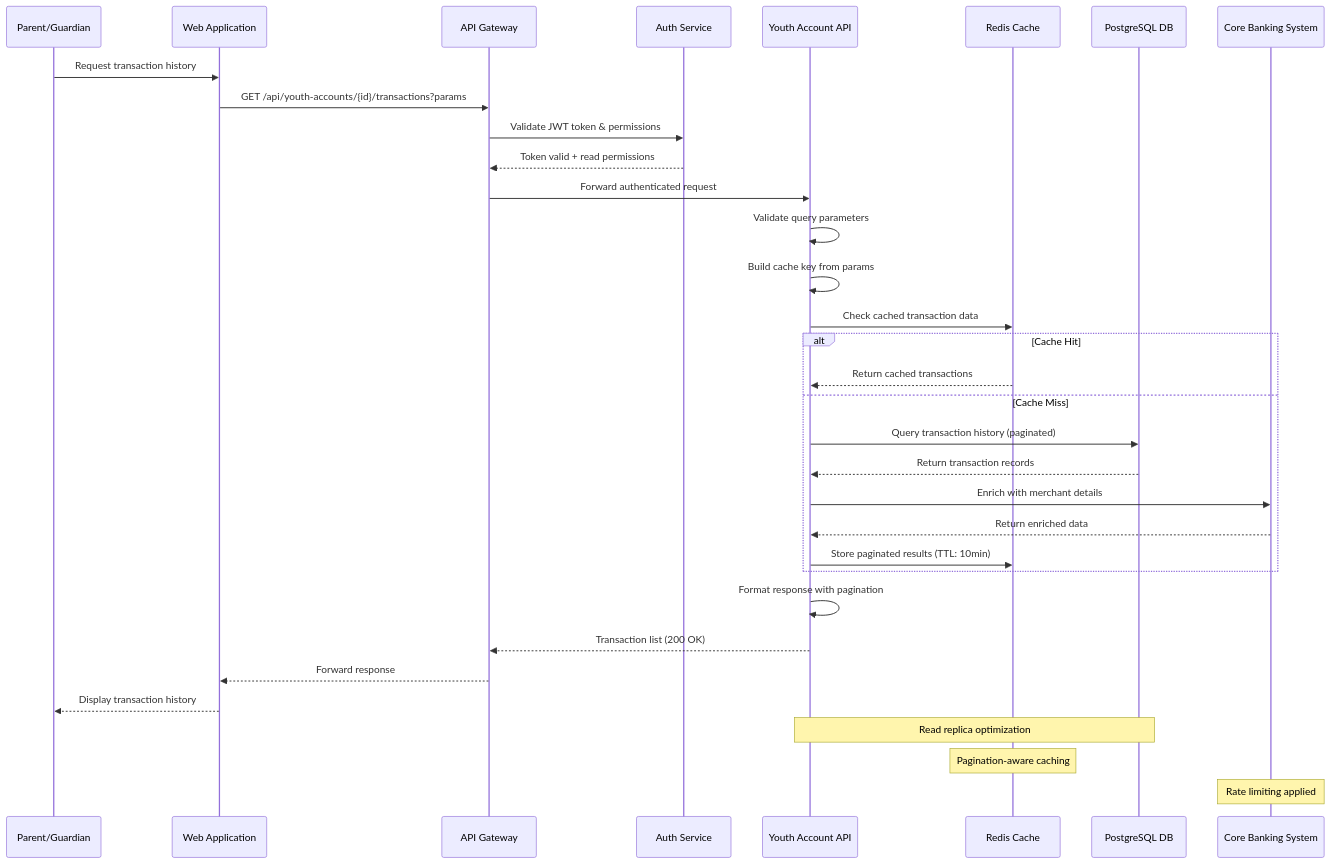
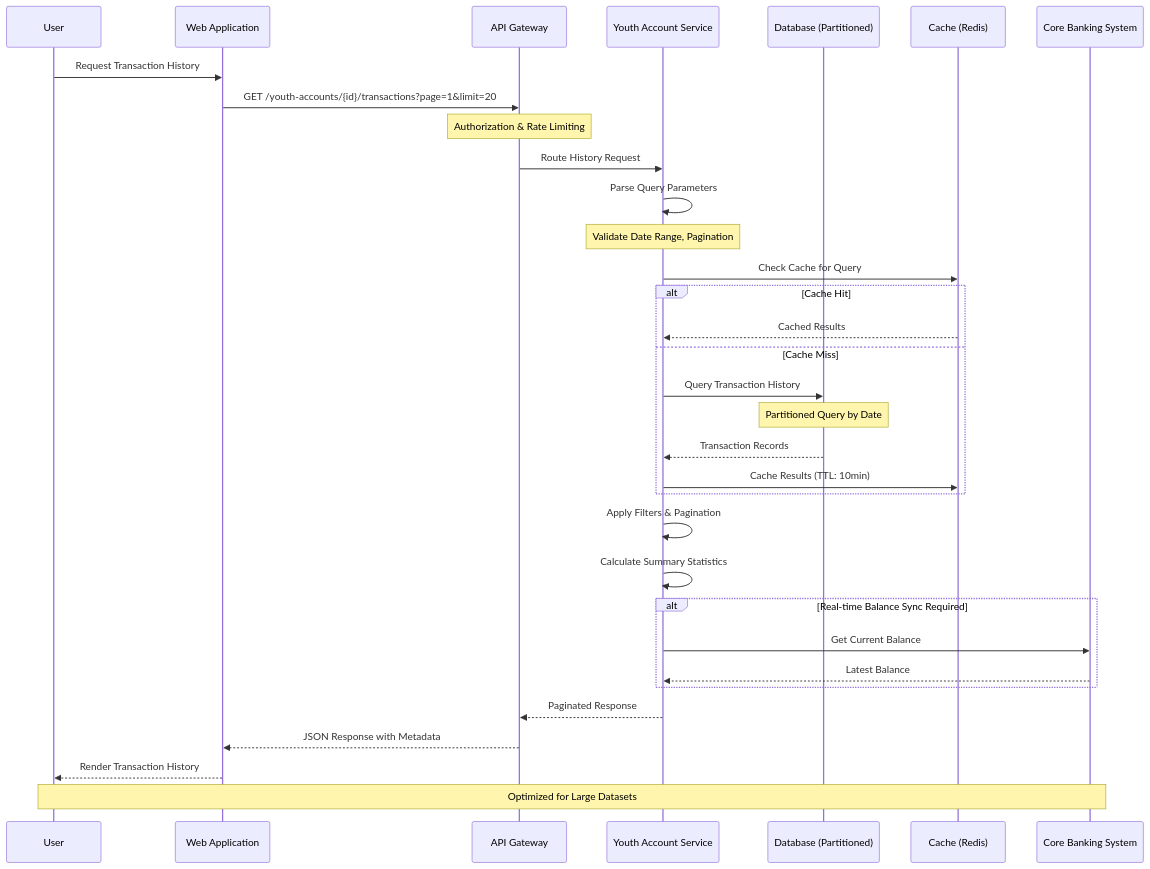
The fourth of 8 diagrams in API Development/Components and Sequence Diagrams/sequence_diagram.md (ThapaswiASC/SCIB-INCEPTION-PHASE-DEMO), drawn with Mermaid before and after one commit. The commit also changed other lines of this file and 1 other file, not shown here.

````diff
--- a/API Development/Components and Sequence Diagrams/sequence_diagram.md
+++ b/API Development/Components and Sequence Diagrams/sequence_diagram.md
@@ -152,40 +162,42 @@
 ```mermaid
 sequenceDiagram
-    participant Parent as Parent/Guardian
-    participant WebApp as Web Application
-    participant Gateway as API Gateway
-    participant AuthSvc as Auth Service
-    participant YouthAPI as Youth Account API
-    participant Cache as Redis Cache
-    participant DB as PostgreSQL DB
-    participant CoreBank as Core Banking System
+    participant U as User
+    participant WA as Web Application
+    participant AG as API Gateway
+    participant YS as Youth Account Service
+    participant DB as Database (Partitioned)
+    participant C as Cache (Redis)
+    participant CBS as Core Banking System
+
+    U->>WA: Request Transaction History
+    WA->>AG: GET /youth-accounts/{id}/transactions?page=1&limit=20
+    Note over AG: Authorization & Rate Limiting
+    AG->>YS: Route History Request
     
-    Parent->>WebApp: Request transaction history
-    WebApp->>Gateway: GET /api/youth-accounts/{id}/transactions?params
-    Gateway->>AuthSvc: Validate JWT token & permissions
-    AuthSvc-->>Gateway: Token valid + read permissions
-    Gateway->>YouthAPI: Forward authenticated request
+    YS->>YS: Parse Query Parameters
+    Note over YS: Validate Date Range, Pagination
     
-    YouthAPI->>YouthAPI: Validate query parameters
-    YouthAPI->>YouthAPI: Build cache key from params
-    YouthAPI->>Cache: Check cached transaction data
-    
+    YS->>C: Check Cache for Query
     alt Cache Hit
-        Cache-->>YouthAPI: Return cached transactions
+        C-->>YS: Cached Results
     else Cache Miss
-        YouthAPI->>DB: Query transaction history (paginated)
-        DB-->>YouthAPI: Return transaction records
-        YouthAPI->>CoreBank: Enrich with merchant details
-        CoreBank-->>YouthAPI: Return enriched data
-        YouthAPI->>Cache: Store paginated results (TTL: 10min)
+        YS->>DB: Query Transaction History
+        Note over DB: Partitioned Query by Date
+        DB-->>YS: Transaction Records
+        YS->>C: Cache Results (TTL: 10min)
     end
     
-    YouthAPI->>YouthAPI: Format response with pagination
-    YouthAPI-->>Gateway: Transaction list (200 OK)
-    Gateway-->>WebApp: Forward response
-    WebApp-->>Parent: Display transaction history
+    YS->>YS: Apply Filters & Pagination
+    YS->>YS: Calculate Summary Statistics
     
-    Note over YouthAPI,DB: Read replica optimization
-    Note over Cache: Pagination-aware caching
-    Note over CoreBank: Rate limiting applied
+    alt Real-time Balance Sync Required
+        YS->>CBS: Get Current Balance
+        CBS-->>YS: Latest Balance
+    end
+    
+    YS-->>AG: Paginated Response
+    AG-->>WA: JSON Response with Metadata
+    WA-->>U: Render Transaction History
+    
+    Note over U,CBS: Optimized for Large Datasets
 ```
````
